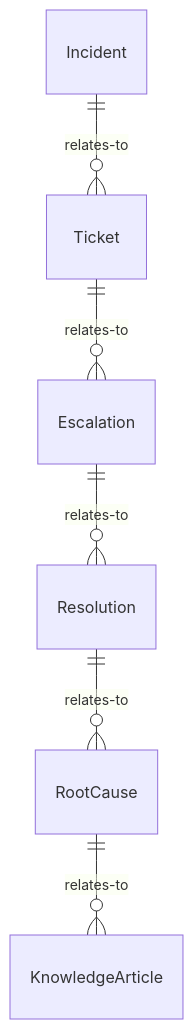
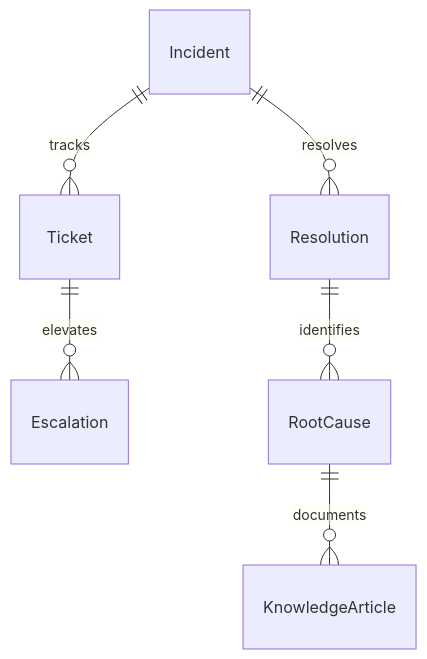
Before and after one commit to dot-org-ai/tasks.org.ai: the first of 4 diagrams in CommunicatingWithSupervisorsPeersOrSubordinates/CoordinateWithOthersToResolveProblems/CollaborateOthersResolveInformationTechnology.mdx, drawn with Mermaid. The commit also changed other lines of this file and 515 other files, not shown here.

````diff
--- a/CommunicatingWithSupervisorsPeersOrSubordinates/CoordinateWithOthersToResolveProblems/CollaborateOthersResolveInformationTechnology.mdx
+++ b/CommunicatingWithSupervisorsPeersOrSubordinates/CoordinateWithOthersToResolveProblems/CollaborateOthersResolveInformationTechnology.mdx
@@ -88,8 +88,8 @@
 ```mermaid
 erDiagram
-    Incident ||--o{ Ticket : relates-to
-    Ticket ||--o{ Escalation : relates-to
-    Escalation ||--o{ Resolution : relates-to
-    Resolution ||--o{ RootCause : relates-to
-    RootCause ||--o{ KnowledgeArticle : relates-to
+    Incident ||--o{ Ticket : tracks
+    Ticket ||--o{ Escalation : elevates
+    Incident ||--o{ Resolution : resolves
+    Resolution ||--o{ RootCause : identifies
+    RootCause ||--o{ KnowledgeArticle : documents
 ```
````
